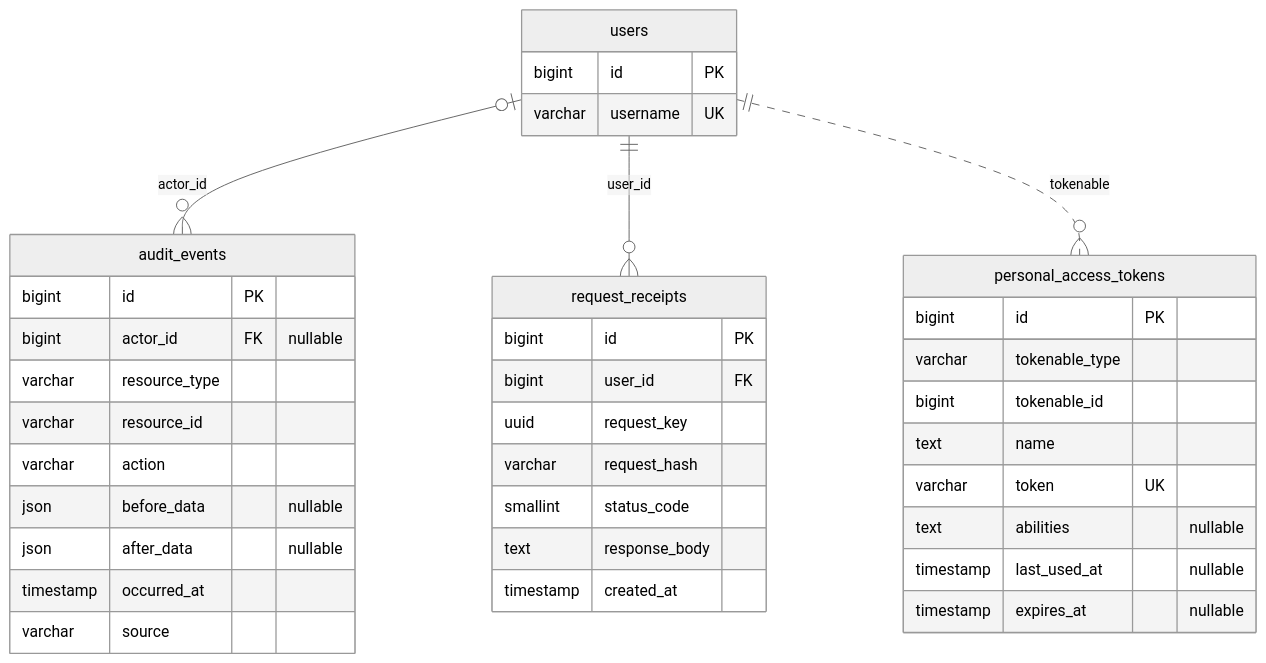
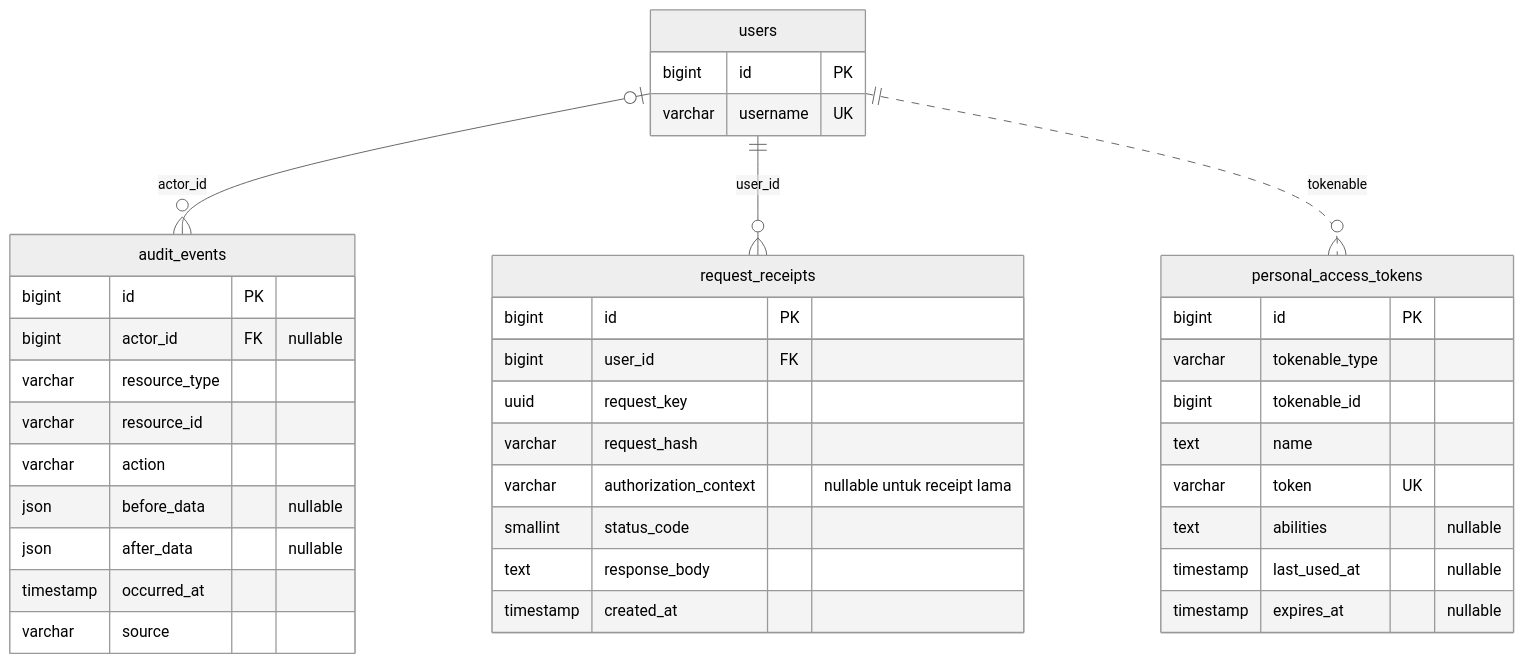
One commit to Alagaputra/Pipeline-Management-System changed the fourth of 7 diagrams in README.md. Above: the diagram before and after it, drawn with Mermaid (neutral theme). The commit also changed other lines of this file and 15 other files, not shown here.

````diff
--- a/README.md
+++ b/README.md
@@ -368,41 +395,42 @@
 ```mermaid
 erDiagram
     users |o--o{ audit_events : actor_id
     users ||--o{ request_receipts : user_id
     users ||..o{ personal_access_tokens : tokenable
 
     users {
         bigint id PK
         varchar username UK
     }
     audit_events {
         bigint id PK
         bigint actor_id FK "nullable"
         varchar resource_type
         varchar resource_id
         varchar action
         json before_data "nullable"
         json after_data "nullable"
         timestamp occurred_at
         varchar source
     }
     request_receipts {
         bigint id PK
         bigint user_id FK
         uuid request_key
         varchar request_hash
+        varchar authorization_context "nullable untuk receipt lama"
         smallint status_code
         text response_body
         timestamp created_at
     }
     personal_access_tokens {
         bigint id PK
         varchar tokenable_type
         bigint tokenable_id
         text name
         varchar token UK
         text abilities "nullable"
         timestamp last_used_at "nullable"
         timestamp expires_at "nullable"
     }
 ```
````
